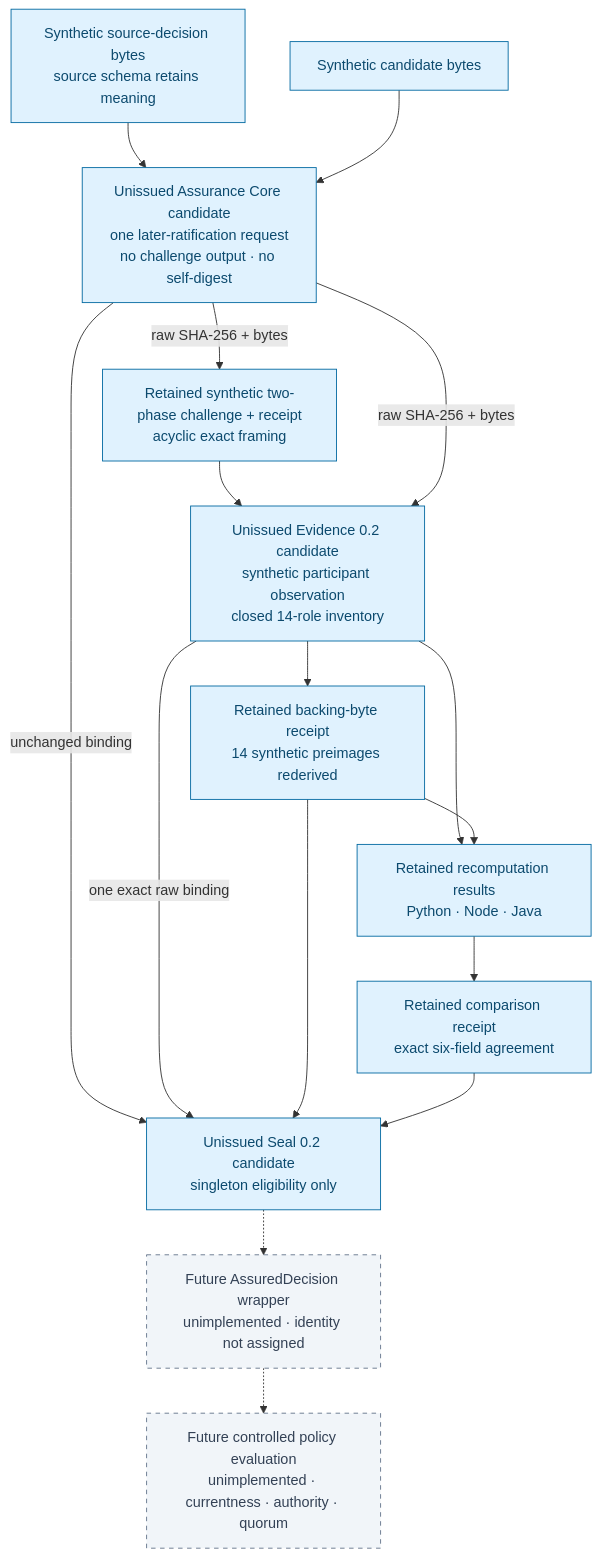
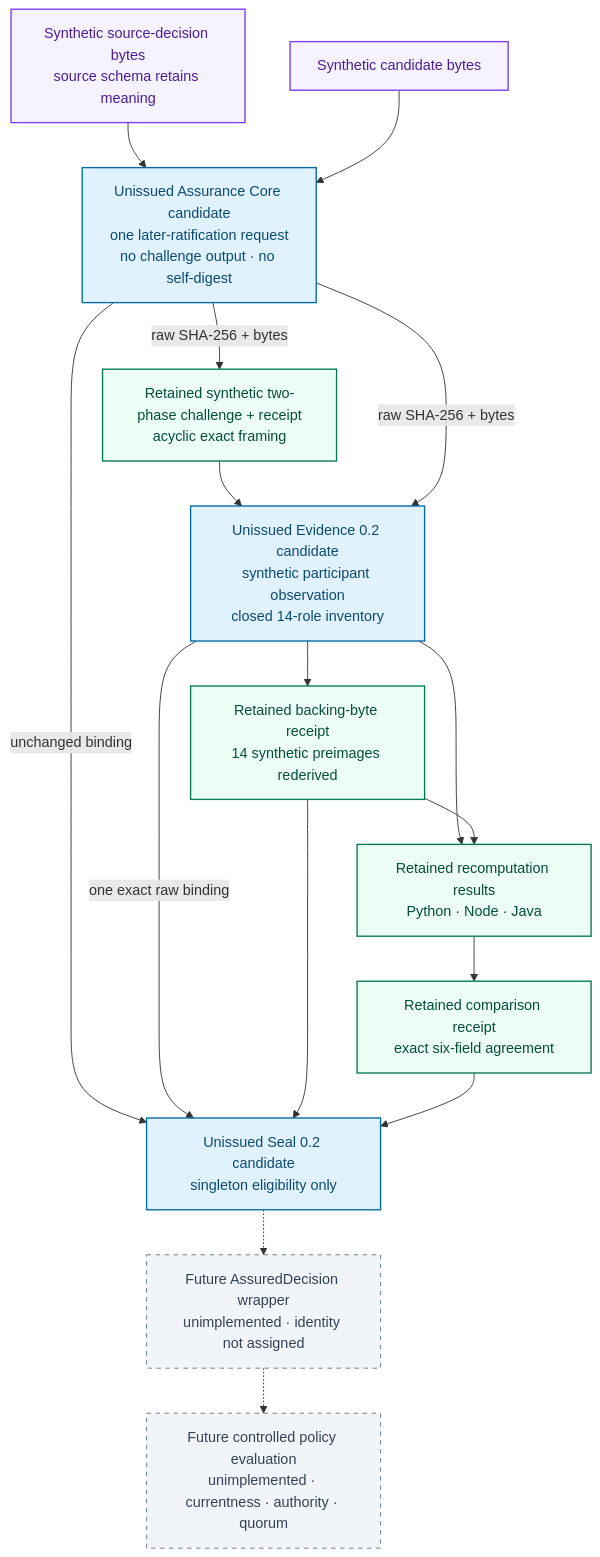
The first of 2 diagrams in docs/HUMAN_DECISION_ASSURANCE.md (manfromnowhere143/odeya), drawn with Mermaid before and after one commit. The commit also changed other lines of this file and 21 other files, not shown here.

Commit message:
architecture: gate frontier research value claims

````diff
--- a/docs/HUMAN_DECISION_ASSURANCE.md
+++ b/docs/HUMAN_DECISION_ASSURANCE.md
@@ -48,35 +48,42 @@
 ```mermaid
 flowchart TB
+    accTitle: Nonrecursive human-decision assurance candidate construction
+    accDescr: Synthetic decision and candidate bytes bind an unissued assurance core, two-phase challenge, evidence, backing-byte receipt, source-separated recomputation results, comparison, and unissued seal without a self-digest cycle. Future AssuredDecision and policy evaluation remain unimplemented and unissued.
+
     D["Synthetic source-decision bytes<br/>source schema retains meaning"]
     M["Synthetic candidate bytes"]
     C["Unissued Assurance Core candidate<br/>one later-ratification request<br/>no challenge output · no self-digest"]
     H["Retained synthetic two-phase challenge + receipt<br/>acyclic exact framing"]
     E["Unissued Evidence 0.2 candidate<br/>synthetic participant observation<br/>closed 14-role inventory"]
     B["Retained backing-byte receipt<br/>14 synthetic preimages rederived"]
     R["Retained recomputation results<br/>Python · Node · Java"]
     X["Retained comparison receipt<br/>exact six-field agreement"]
     S["Unissued Seal 0.2 candidate<br/>singleton eligibility only"]
     W["Future AssuredDecision wrapper<br/>unimplemented · identity not assigned"]
     P["Future controlled policy evaluation<br/>unimplemented · currentness · authority · quorum"]
 
     D --> C
     M --> C
     C -->|raw SHA-256 + bytes| H
     H --> E
     C -->|raw SHA-256 + bytes| E
     E --> B
     E --> R
     B --> R
     R --> X
     C -->|unchanged binding| S
     E -->|one exact raw binding| S
     B --> S
     X --> S
     S -.-> W
     W -.-> P
 
-    classDef retainedCandidate fill:#E0F2FE,stroke:#0369A1,color:#0C4A6E
+    classDef synthetic fill:#F5F3FF,stroke:#7C3AED,stroke-width:1.5px,color:#4C1D95
+    classDef unissued fill:#E0F2FE,stroke:#0369A1,stroke-width:1.5px,color:#0C4A6E
+    classDef retained fill:#ECFDF5,stroke:#047857,stroke-width:1.5px,color:#064E3B
     classDef later fill:#F1F5F9,stroke:#64748B,color:#334155,stroke-dasharray: 5 5
-    class D,M,C,H,E,B,R,X,S retainedCandidate
+    class D,M synthetic
+    class C,E,S unissued
+    class H,B,R,X retained
     class W,P later
 ```
````
